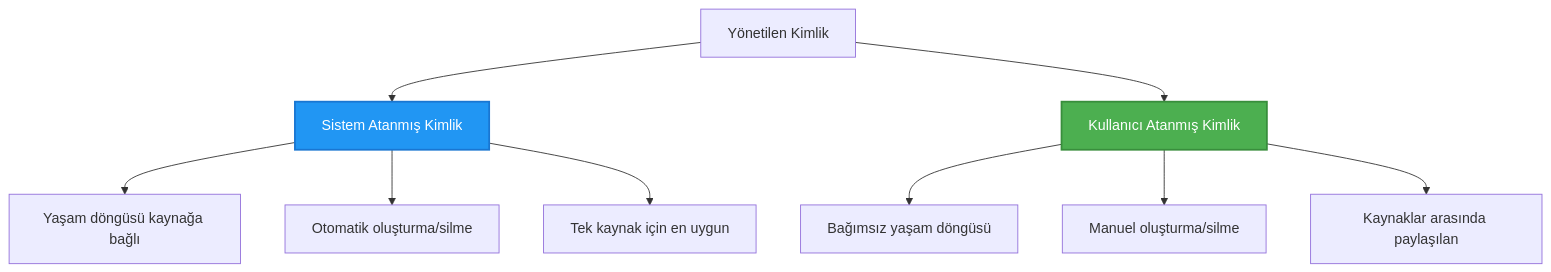
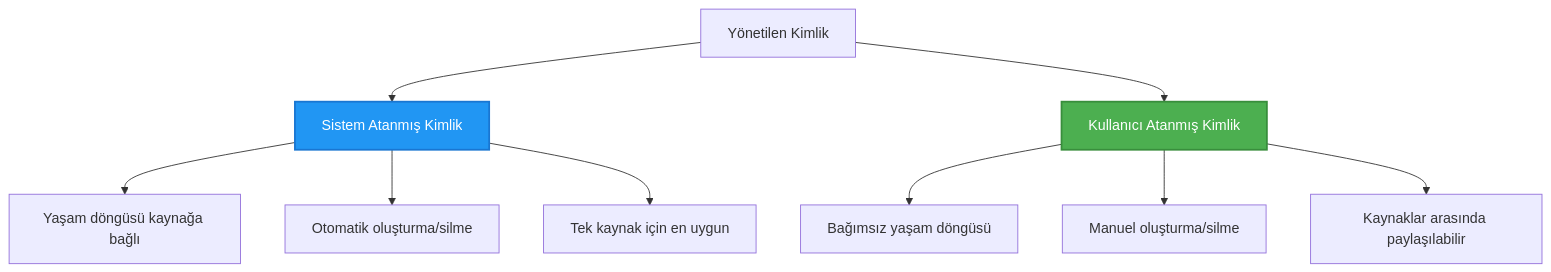
One commit to microsoft/AZD-for-beginners changed the second of 2 diagrams in translations/tr/docs/chapter-03-configuration/authsecurity.md. Above: the diagram before and after it, drawn with Mermaid. The commit also changed other lines of this file and 101 other files, not shown here.

````diff
--- a/translations/tr/docs/chapter-03-configuration/authsecurity.md
+++ b/translations/tr/docs/chapter-03-configuration/authsecurity.md
@@ -97,20 +97,20 @@
 ```mermaid
 graph TB
     MI[Yönetilen Kimlik]
     SystemAssigned[Sistem Atanmış Kimlik]
     UserAssigned[Kullanıcı Atanmış Kimlik]
     
     MI --> SystemAssigned
     MI --> UserAssigned
     
     SystemAssigned --> SA1[Yaşam döngüsü kaynağa bağlı]
     SystemAssigned --> SA2[Otomatik oluşturma/silme]
     SystemAssigned --> SA3[Tek kaynak için en uygun]
     
     UserAssigned --> UA1[Bağımsız yaşam döngüsü]
     UserAssigned --> UA2[Manuel oluşturma/silme]
-    UserAssigned --> UA3[Kaynaklar arasında paylaşılan]
+    UserAssigned --> UA3[Kaynaklar arasında paylaşılabilir]
     
     style SystemAssigned fill:#2196F3,stroke:#1976D2,stroke-width:2px,color:#fff
     style UserAssigned fill:#4CAF50,stroke:#388E3C,stroke-width:2px,color:#fff
 ```
````
